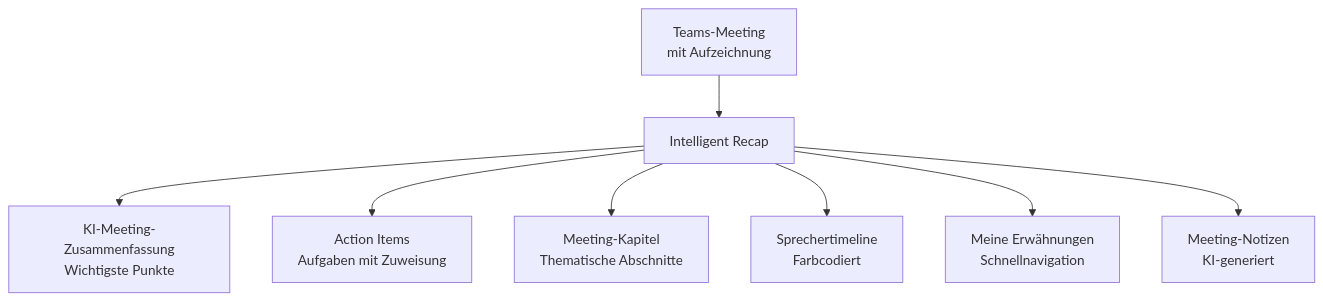
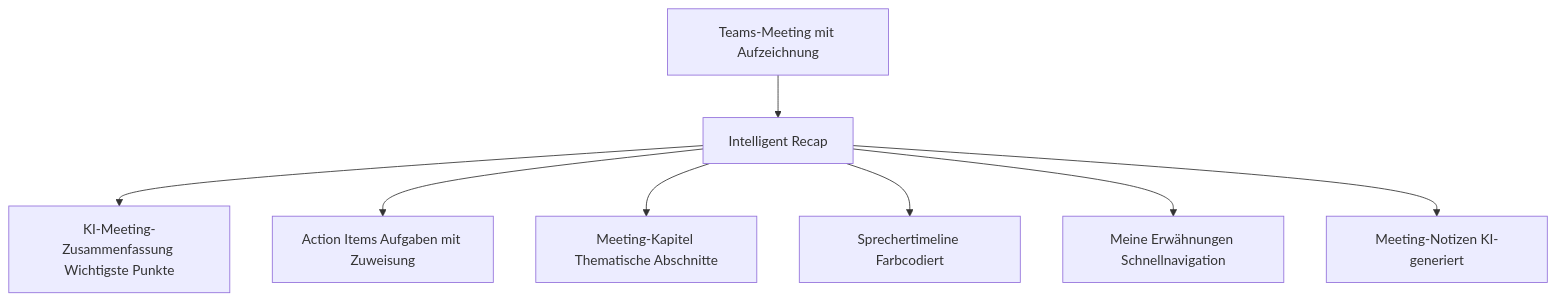
The diagram in Microsoft 365/Teams/Teams Premium.md (SoniiiT/notes-n-docs), drawn with Mermaid before and after one commit. The commit also changed 124 other files, not shown here.

First line of the commit message:
fix: Entferne \n aus allen Mermaid-Diagrammen (125 Dateien)

````diff
--- a/Microsoft 365/Teams/Teams Premium.md
+++ b/Microsoft 365/Teams/Teams Premium.md
@@ -63,10 +63,10 @@
 ```mermaid
 graph TD
-    MEETING[Teams-Meeting\nmit Aufzeichnung] --> RECAP[Intelligent Recap]
-    RECAP --> SUMMARY[KI-Meeting-Zusammenfassung\nWichtigste Punkte]
-    RECAP --> ACTIONS[Action Items\nAufgaben mit Zuweisung]
-    RECAP --> CHAPTERS[Meeting-Kapitel\nThematische Abschnitte]
-    RECAP --> TIMELINE[Sprechertimeline\nFarbcodiert]
-    RECAP --> MENTIONS[Meine Erwähnungen\nSchnellnavigation]
-    RECAP --> NOTES[Meeting-Notizen\nKI-generiert]
+    MEETING[Teams-Meeting mit Aufzeichnung] --> RECAP[Intelligent Recap]
+    RECAP --> SUMMARY[KI-Meeting-Zusammenfassung Wichtigste Punkte]
+    RECAP --> ACTIONS[Action Items Aufgaben mit Zuweisung]
+    RECAP --> CHAPTERS[Meeting-Kapitel Thematische Abschnitte]
+    RECAP --> TIMELINE[Sprechertimeline Farbcodiert]
+    RECAP --> MENTIONS[Meine Erwähnungen Schnellnavigation]
+    RECAP --> NOTES[Meeting-Notizen KI-generiert]
 ```
````
